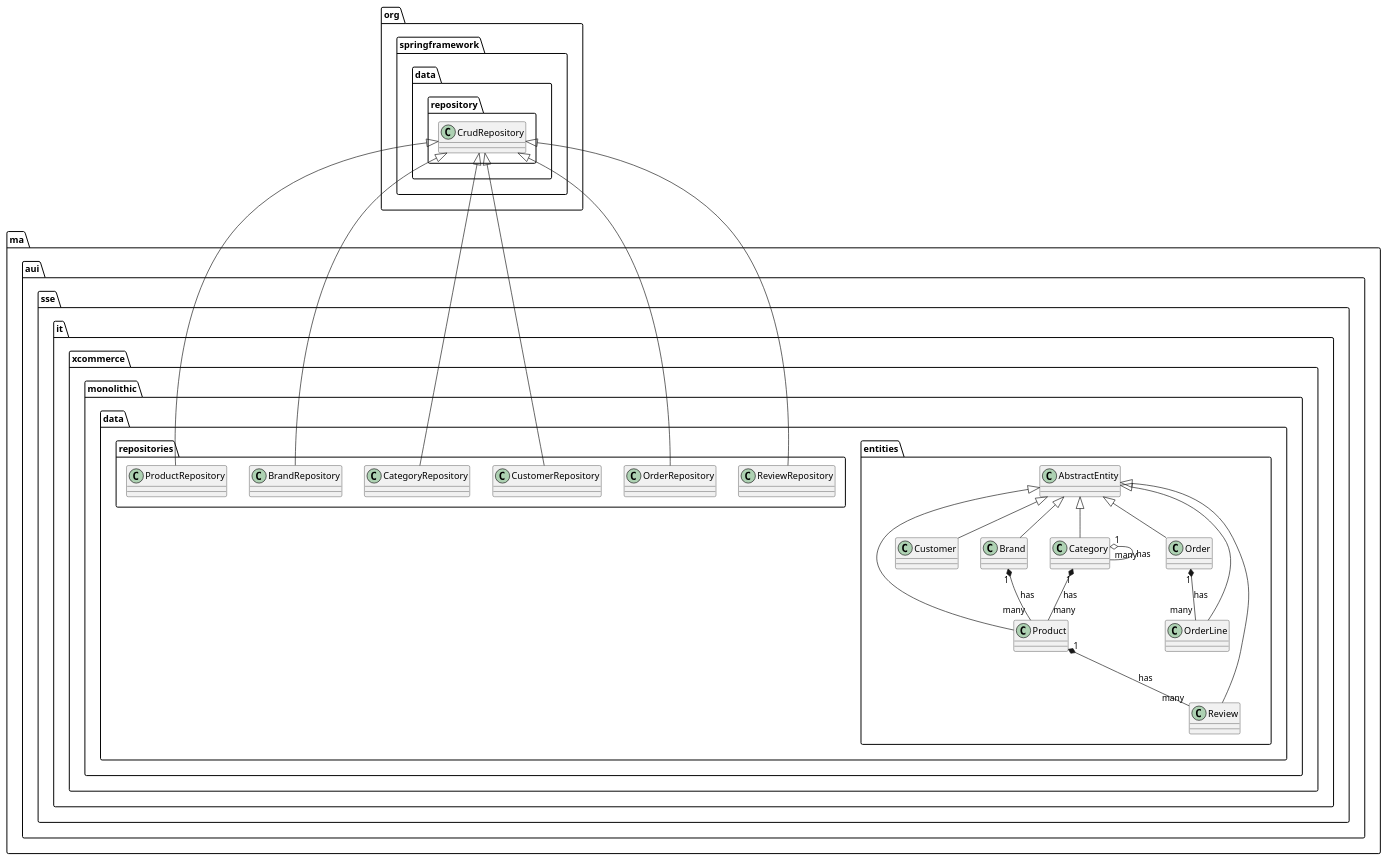
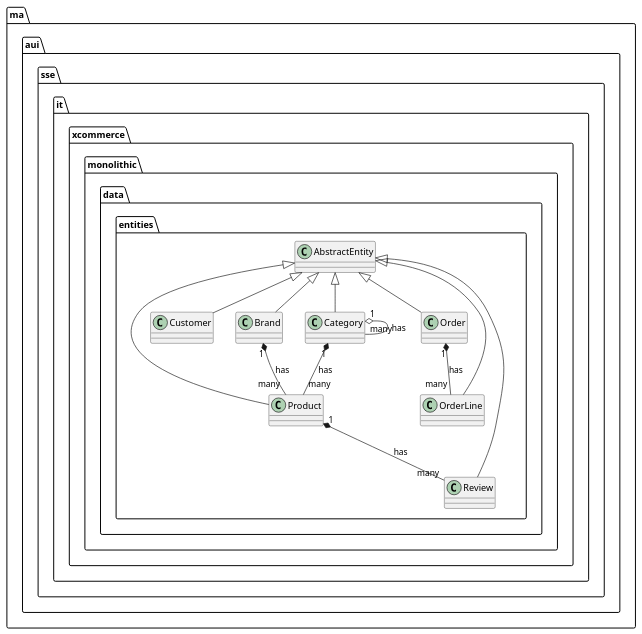
Before and after one commit to oiraqi/xcommerce-monolithic: the first of 2 diagrams in initial/src/main/resources/diagram.class.wsd, drawn with PlantUML. The commit also changed other lines of this file and 11 other files, not shown here.

```diff
--- a/initial/src/main/resources/diagram.class.wsd
+++ b/initial/src/main/resources/diagram.class.wsd
@@ -1,20 +1,14 @@
-@startuml ClassDiagram
+@startuml EntityClassDiagram
 ma.aui.sse.it.xcommerce.monolithic.data.entities.AbstractEntity <|-- ma.aui.sse.it.xcommerce.monolithic.data.entities.Product
 ma.aui.sse.it.xcommerce.monolithic.data.entities.AbstractEntity <|-- ma.aui.sse.it.xcommerce.monolithic.data.entities.Customer
 ma.aui.sse.it.xcommerce.monolithic.data.entities.AbstractEntity <|-- ma.aui.sse.it.xcommerce.monolithic.data.entities.Brand
 ma.aui.sse.it.xcommerce.monolithic.data.entities.AbstractEntity <|-- ma.aui.sse.it.xcommerce.monolithic.data.entities.Category
 ma.aui.sse.it.xcommerce.monolithic.data.entities.AbstractEntity <|-- ma.aui.sse.it.xcommerce.monolithic.data.entities.Order
 ma.aui.sse.it.xcommerce.monolithic.data.entities.AbstractEntity <|-- ma.aui.sse.it.xcommerce.monolithic.data.entities.OrderLine
 ma.aui.sse.it.xcommerce.monolithic.data.entities.AbstractEntity <|-- ma.aui.sse.it.xcommerce.monolithic.data.entities.Review
 ma.aui.sse.it.xcommerce.monolithic.data.entities.Brand "1" *-- "many" ma.aui.sse.it.xcommerce.monolithic.data.entities.Product : has
 ma.aui.sse.it.xcommerce.monolithic.data.entities.Product "1" *-- "many" ma.aui.sse.it.xcommerce.monolithic.data.entities.Review : has
 ma.aui.sse.it.xcommerce.monolithic.data.entities.Category "1" *-- "many" ma.aui.sse.it.xcommerce.monolithic.data.entities.Product : has
 ma.aui.sse.it.xcommerce.monolithic.data.entities.Category "1" o-- "many" ma.aui.sse.it.xcommerce.monolithic.data.entities.Category : has
 ma.aui.sse.it.xcommerce.monolithic.data.entities.Order "1" *-- "many" ma.aui.sse.it.xcommerce.monolithic.data.entities.OrderLine : has
-org.springframework.data.repository.CrudRepository <|-- ma.aui.sse.it.xcommerce.monolithic.data.repositories.ProductRepository
-org.springframework.data.repository.CrudRepository <|-- ma.aui.sse.it.xcommerce.monolithic.data.repositories.BrandRepository
-org.springframework.data.repository.CrudRepository <|-- ma.aui.sse.it.xcommerce.monolithic.data.repositories.CategoryRepository
-org.springframework.data.repository.CrudRepository <|-- ma.aui.sse.it.xcommerce.monolithic.data.repositories.CustomerRepository
-org.springframework.data.repository.CrudRepository <|-- ma.aui.sse.it.xcommerce.monolithic.data.repositories.OrderRepository
-org.springframework.data.repository.CrudRepository <|-- ma.aui.sse.it.xcommerce.monolithic.data.repositories.ReviewRepository
 @enduml
```
